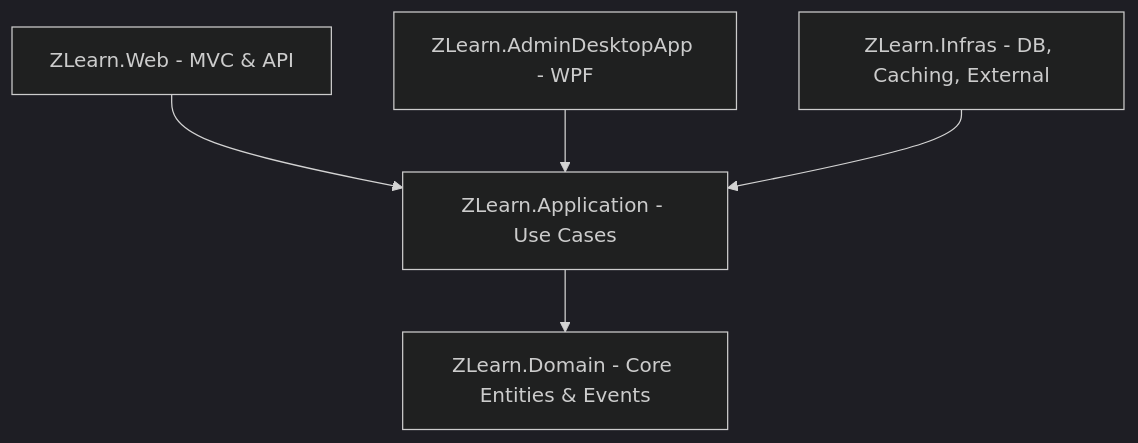
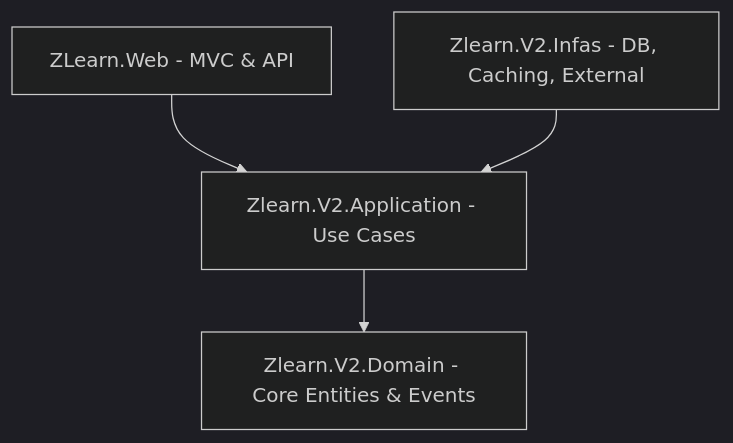
One commit to hoangcn-dev/zlearn changed the diagram in docs/architecture_overview.md. Above: the diagram before and after it, drawn with Mermaid (dark theme). The commit also changed other lines of this file and 51 other files, not shown here.

Commit message:
docs: rewrite architecture documentation and README to match V2 actual structure

````diff
--- a/docs/architecture_overview.md
+++ b/docs/architecture_overview.md
@@ -11,7 +11,6 @@
 ```mermaid
 graph TD
-    Web[ZLearn.Web - MVC & API] --> App[ZLearn.Application - Use Cases]
-    Desktop[ZLearn.AdminDesktopApp - WPF] --> App
-    Infras[ZLearn.Infras - DB, Caching, External] --> App
-    App --> Domain[ZLearn.Domain - Core Entities & Events]
+    Web[ZLearn.Web - MVC & API] --> App[Zlearn.V2.Application - Use Cases]
+    Infras[Zlearn.V2.Infas - DB, Caching, External] --> App
+    App --> Domain[Zlearn.V2.Domain - Core Entities & Events]
 ```
````
